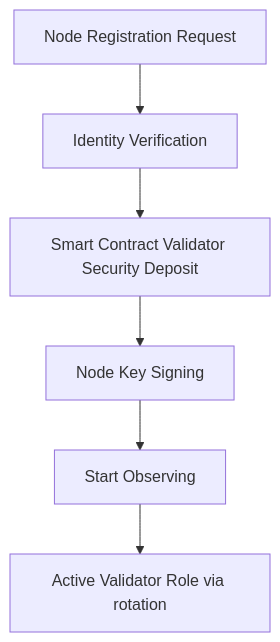
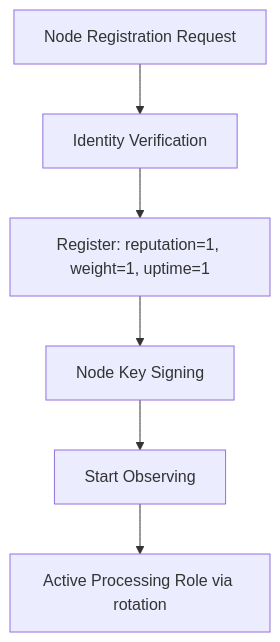
The diagram in 01_coin_engine/AST Node Infrastructure Specification.md (Aros-Technology-Studio/AST-Aros-Financial-Paradigm), drawn with Mermaid before and after one commit. The commit also changed other lines of this file and 8 other files, not shown here.

````diff
--- a/01_coin_engine/AST Node Infrastructure Specification.md
+++ b/01_coin_engine/AST Node Infrastructure Specification.md
@@ -45,8 +45,8 @@
 ```mermaid
 graph TD;
   A[Node Registration Request] --> B[Identity Verification];
-  B --> C[Smart Contract Validator Security Deposit];
+  B --> C[Register: reputation=1, weight=1, uptime=1];
   C --> D[Node Key Signing];
   D --> E[Start Observing];
-  E --> F[Active Validator Role via rotation];
+  E --> F[Active Processing Role via rotation];
 ```
````
